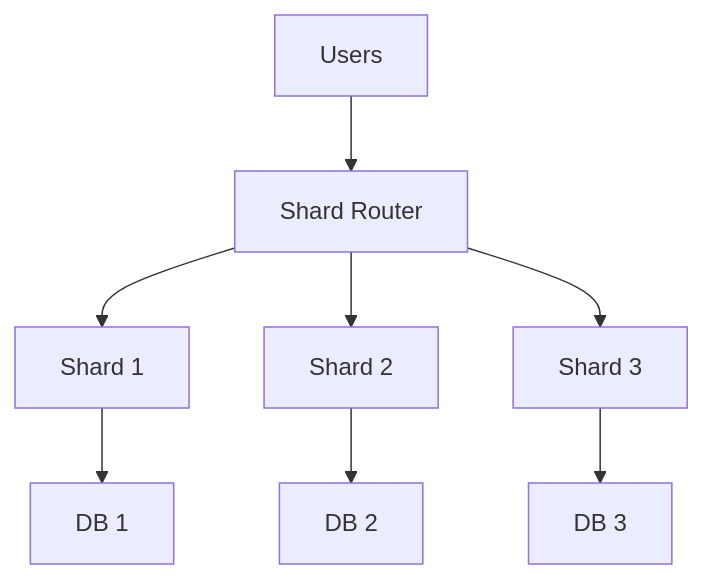
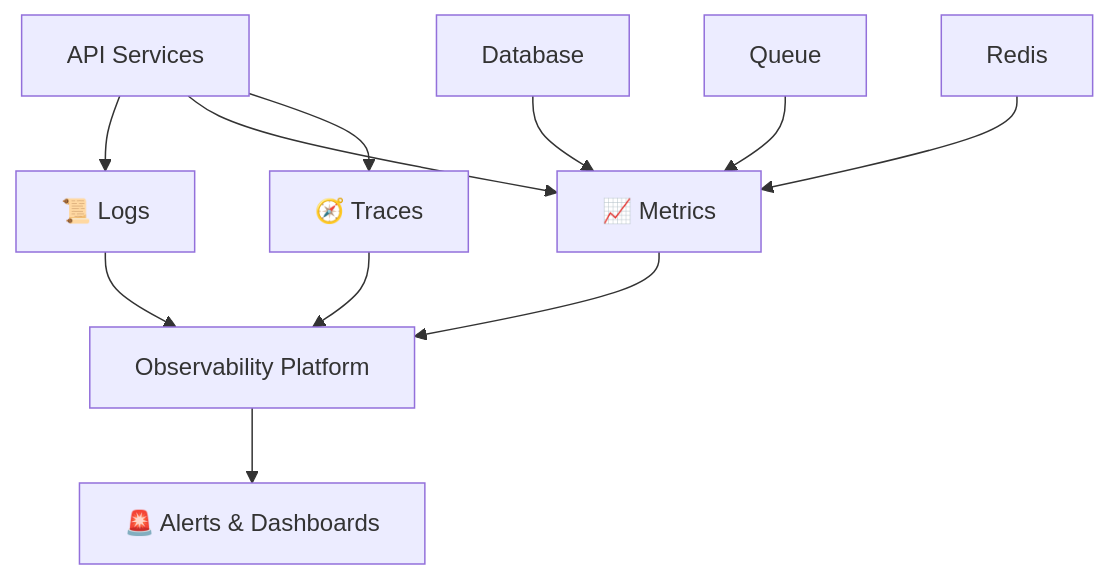
The tenth of 26 diagrams in ARCHITECTURE.md (quesiblaq442-del/architecture-diagram), drawn with Mermaid before and after one commit. The commit also changed other lines of this file, not shown here.

Commit message:
Refresh the architecture document for a more polished, eye-catching overview

````diff
--- a/ARCHITECTURE.md
+++ b/ARCHITECTURE.md
@@ -263,10 +268,15 @@
 ```mermaid
 graph TB
-    Users["Users"] --> Router["Shard Router"]
-    Router --> Shard1["Shard 1"]
-    Router --> Shard2["Shard 2"]
-    Router --> Shard3["Shard 3"]
-    Shard1 --> DB1["DB 1"]
-    Shard2 --> DB2["DB 2"]
-    Shard3 --> DB3["DB 3"]
+    API["API Services"] --> Logs["📜 Logs"]
+    API --> Metrics["📈 Metrics"]
+    API --> Traces["🧭 Traces"]
+
+    DB["Database"] --> Metrics
+    Queue["Queue"] --> Metrics
+    Cache["Redis"] --> Metrics
+
+    Logs --> OTel["Observability Platform"]
+    Metrics --> OTel
+    Traces --> OTel
+    OTel --> Alerts["🚨 Alerts & Dashboards"]
 ```
````
